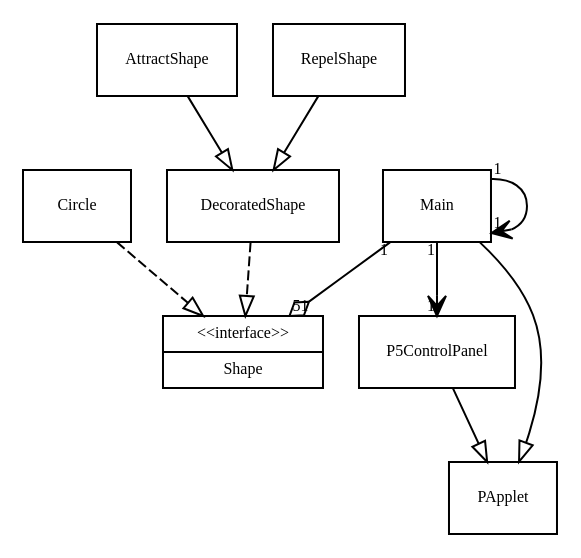
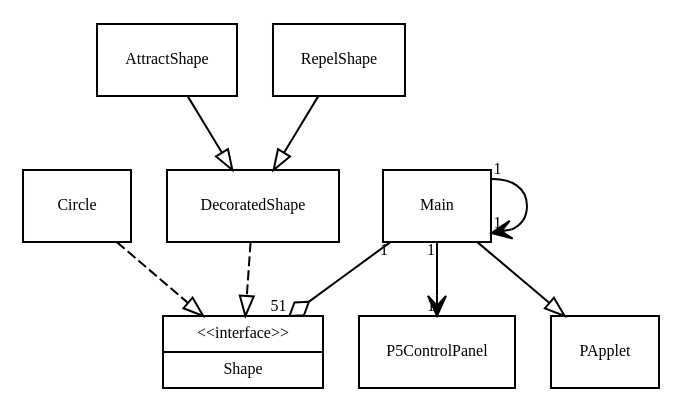
Before and after one commit to SandroMiccoli/Smart-visual-agents: the diagram in doc/data/simpleuml.dot, drawn with Graphviz. The commit also changed 8 other files, not shown here.

```diff
--- a/doc/data/simpleuml.dot
+++ b/doc/data/simpleuml.dot
@@ -1,72 +1,71 @@
 digraph G {
         fontname = "Bitstream Vera Sans"
         fontsize = 8
 
         node [
                 group = a
                 fontname = "Bitstream Vera Sans"
                 fontsize = 8
                 shape = "record"
         ]
 
 
         edge [
                 fontname = "Bitstream Vera Sans"
                 fontsize = 8
         ]
 
         Shape [
                 label = "{\<\<interface\>\>|Shape}"
         ]
         Circle [
                 label = "{Circle}"
         ]
         DecoratedShape [
                 label = "{DecoratedShape}"
         ]
         
         AttractShape [
                 label = "{AttractShape}"
         ]
 
         RepelShape [
                 label = "{RepelShape}"
         ]
 
         Main [
                 label = "{Main}"
         ]
 
         P5ControlPanel [
                 label = "{P5ControlPanel}"
         ]
 
         PApplet [
                 label = "{PApplet}"
         ]
 
 
         Circle -> Shape [arrowhead="empty", style="dashed"]
         DecoratedShape -> Shape [arrowhead="empty", style="dashed"]
 
         AttractShape -> DecoratedShape [arrowhead="empty"]
         RepelShape -> DecoratedShape [arrowhead="empty"]
 
         Main -> PApplet [arrowhead="empty"]
-        P5ControlPanel -> PApplet [arrowhead="empty"]
 
         Main -> Shape [arrowhead="odiamond", headlabel = "51", taillabel = "1"]
 
 
         Main -> Main [arrowhead="vee", headlabel = "1", taillabel = "1"]
         Main -> P5ControlPanel [arrowhead="vee", headlabel = "1", taillabel = "1"]
 
 
         edge [
                 arrowhead = "none"
 
                 headlabel = "0..*"
                 taillabel = "1"
         ]
 
 }
```
